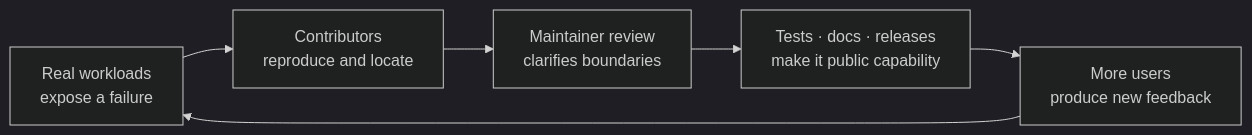
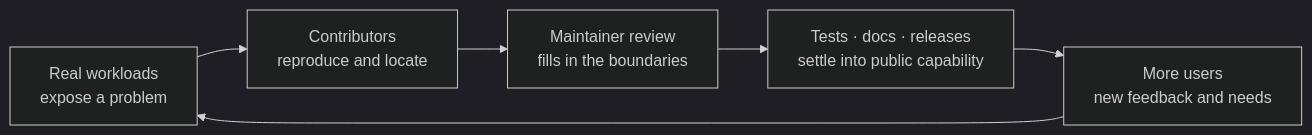
Before and after one commit to tianyi-zhang-02/cooking-agi: the first of 2 diagrams in open-source/README.en.md, drawn with Mermaid (dark theme). The commit also changed other lines of this file and 57 other files, not shown here.

````diff
--- a/open-source/README.en.md
+++ b/open-source/README.en.md
@@ -17,8 +17,8 @@
 ```mermaid
 flowchart LR
-    A["Real workloads<br/>expose a failure"] --> B["Contributors<br/>reproduce and locate"]
-    B --> C["Maintainer review<br/>clarifies boundaries"]
-    C --> D["Tests · docs · releases<br/>make it public capability"]
-    D --> E["More users<br/>produce new feedback"]
+    A["Real workloads<br/>expose a problem"] --> B["Contributors<br/>reproduce and locate"]
+    B --> C["Maintainer review<br/>fills in the boundaries"]
+    C --> D["Tests · docs · releases<br/>settle into public capability"]
+    D --> E["More users<br/>new feedback and needs"]
     E --> A
 ```
````
